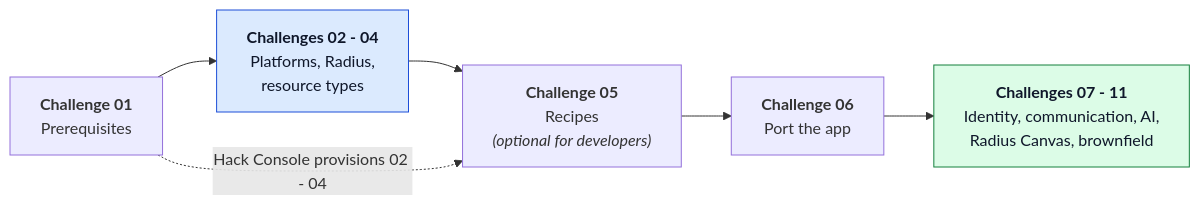
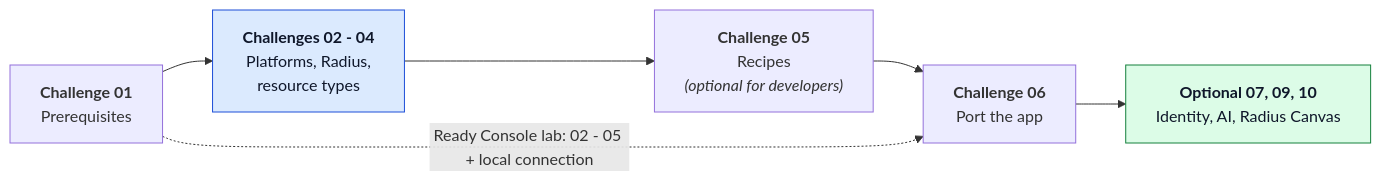
One commit to microsoft/MicroHack changed the third of 3 diagrams in 03-Azure/01-01-App Innovation/04-adaptive-apps/Readme.md. Above: the diagram before and after it, drawn with Mermaid. The commit also changed other lines of this file and 26 other files, not shown here.

````diff
--- a/03-Azure/01-01-App Innovation/04-adaptive-apps/Readme.md
+++ b/03-Azure/01-01-App Innovation/04-adaptive-apps/Readme.md
@@ -117,16 +117,16 @@
 ```mermaid
 flowchart LR
     C1["<b>Challenge 01</b><br/>Prerequisites"]
     C24["<b>Challenges 02 - 04</b><br/>Platforms, Radius,<br/>resource types"]
     C5["<b>Challenge 05</b><br/>Recipes<br/><i>(optional for developers)</i>"]
     C6["<b>Challenge 06</b><br/>Port the app"]
-    C711["<b>Challenges 07 - 11</b><br/>Identity, communication, AI,<br/>Radius Canvas, brownfield"]
+    C711["<b>Optional 07, 09, 10</b><br/>Identity, AI, Radius Canvas"]
 
     C1 --> C24 --> C5 --> C6 --> C711
-    C1 -. "Hack Console provisions 02 - 04" .-> C5
+    C1 -. "Ready Console lab: 02 - 05 + local connection" .-> C6
 
     classDef platform fill:#dbeafe,stroke:#1d4ed8,color:#0f172a
     classDef developer fill:#dcfce7,stroke:#15803d,color:#0f172a
     class C24 platform
     class C711 developer
 ```
````
